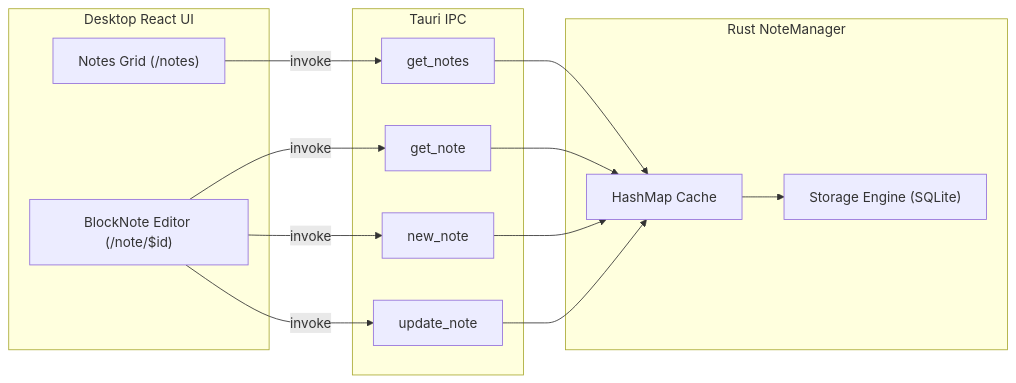
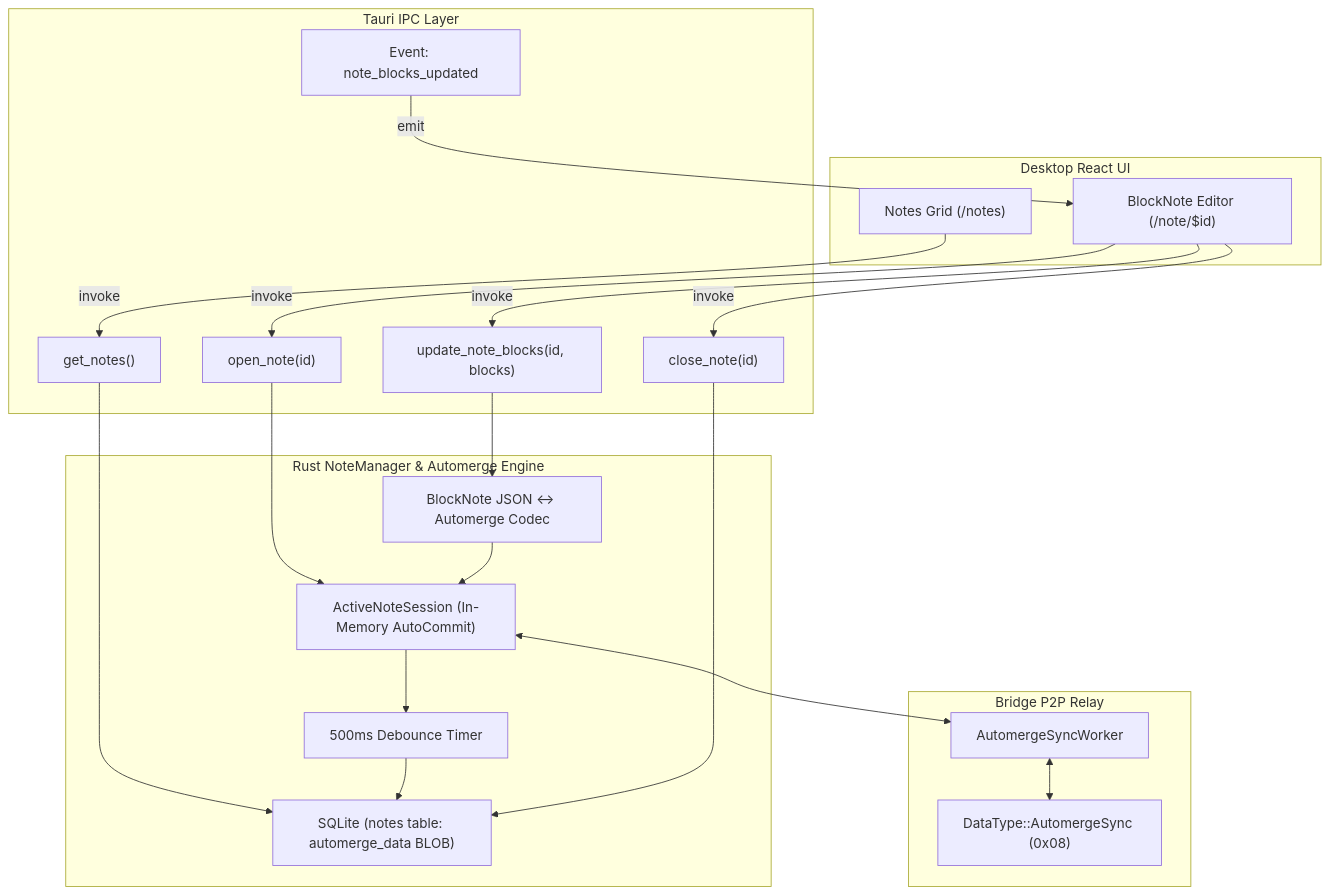
One commit to franckKyete/tools-desktop-tauri changed the diagram in docs/tools/notes.md. Above: the diagram before and after it, drawn with Mermaid. The commit also changed other lines of this file and 120 other files, not shown here.

First line of the commit message:
feat(planning): complete Phase 1 Core Trio architectural decisions and documentation

````diff
--- a/docs/tools/notes.md
+++ b/docs/tools/notes.md
@@ -9,31 +9,44 @@
 ```mermaid
-flowchart LR
+flowchart TD
     subgraph UI ["Desktop React UI"]
         Grid["Notes Grid (/notes)"]
         Editor["BlockNote Editor (/note/$id)"]
     end
 
-    subgraph IPC ["Tauri IPC"]
-        GetNotes["get_notes"]
-        GetNote["get_note"]
-        NewNote["new_note"]
-        UpdateNote["update_note"]
+    subgraph IPC ["Tauri IPC Layer"]
+        GetNotes["get_notes()"]
+        OpenNote["open_note(id)"]
+        UpdateNote["update_note_blocks(id, blocks)"]
+        CloseNote["close_note(id)"]
+        NoteUpdatedEvent["Event: note_blocks_updated"]
     end
 
-    subgraph Backend ["Rust NoteManager"]
-        Store["Storage Engine (SQLite)"]
-        MemMap["HashMap<String, Note> Cache"]
+    subgraph Engine ["Rust NoteManager & Automerge Engine"]
+        Active["ActiveNoteSession (In-Memory AutoCommit)"]
+        Debounce["500ms Debounce Timer"]
+        Codec["BlockNote JSON <-> Automerge Codec"]
+        SQLite["SQLite (notes table: automerge_data BLOB)"]
+    end
+
+    subgraph P2P ["Bridge P2P Relay"]
+        Worker["AutomergeSyncWorker"]
+        SyncFrame["DataType::AutomergeSync (0x08)"]
     end
 
     Grid -->|invoke| GetNotes
-    Editor -->|invoke| GetNote
-    Editor -->|invoke| NewNote
+    Editor -->|invoke| OpenNote
     Editor -->|invoke| UpdateNote
+    Editor -->|invoke| CloseNote
+    NoteUpdatedEvent -->|emit| Editor
 
-    GetNotes --> MemMap
-    GetNote --> MemMap
-    NewNote --> MemMap
-    UpdateNote --> MemMap
+    GetNotes --> SQLite
+    OpenNote --> Active
+    UpdateNote --> Codec
+    Codec --> Active
+    Active --> Debounce
+    Debounce --> SQLite
+    CloseNote --> SQLite
 
-    MemMap --> Store
+    Active <--> Worker
+    Worker <--> SyncFrame
 ```
````
